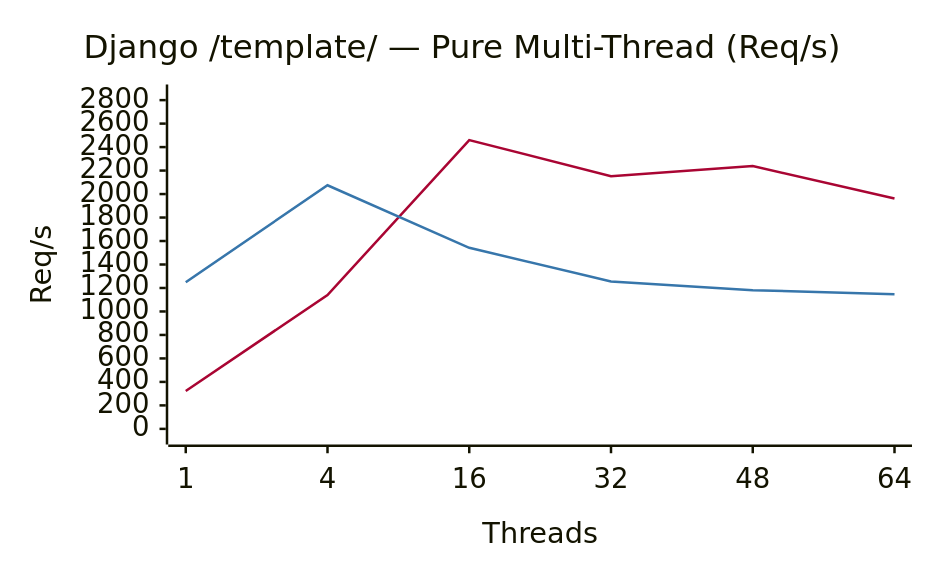
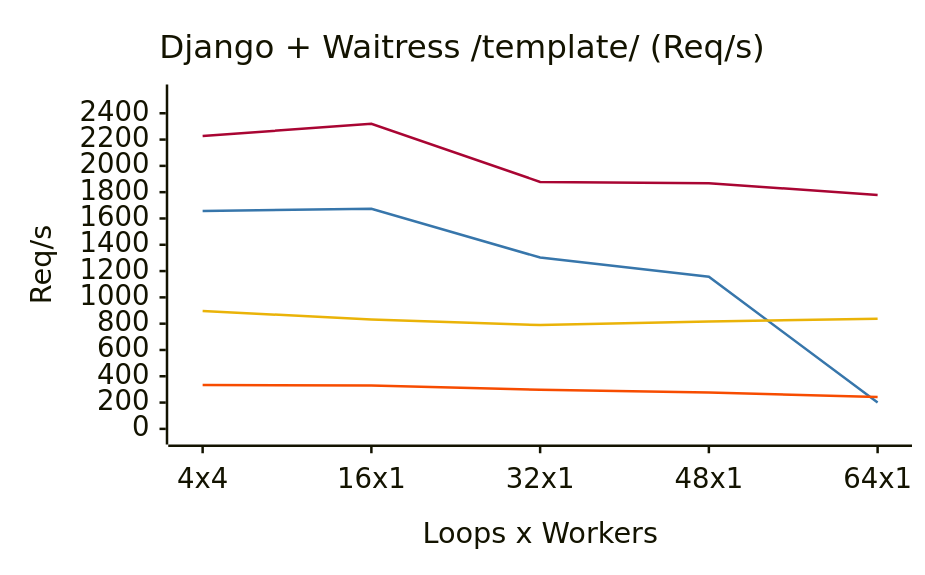
One commit to erlpython/epython changed the second of 14 diagrams in README.md. Above: the diagram before and after it, drawn with Mermaid. The commit also changed other lines of this file, not shown here.

Commit message:
update numbers and graph in readme

````diff
--- a/README.md
+++ b/README.md
@@ -82,32 +84,34 @@
 ```mermaid
 ---
 config:
   xyChart:
     width: 720
     height: 440
     titleFontSize: 26
     titlePadding: 14
     xAxis:
       labelFontSize: 22
       labelPadding: 8
       titleFontSize: 23
       titlePadding: 10
     yAxis:
       labelFontSize: 22
       labelPadding: 8
       titleFontSize: 23
       titlePadding: 10
   themeVariables:
     xyChart:
       backgroundColor: "transparent"
-      plotColorPalette: "#A90533, #3776AB"
+      plotColorPalette: "#A90533, #3776AB, #EAB308, #F74C00"
   themeCSS: |
     .main { transform: translate(4px, 10px) scale(0.71); transform-origin: 0 0; }
 ---
 xychart-beta
-    title "Django /template/ — Pure Multi-Thread (Req/s)"
-    x-axis "Threads" ["1", "4", "16", "32", "48", "64"]
-    y-axis "Req/s" 0 --> 2800
-    line [323, 1140, 2460, 2152, 2238, 1962]
-    line [1249, 2075, 1542, 1256, 1181, 1147]
+    title "Django + Waitress /template/ (Req/s)"
+    x-axis "Loops x Workers" ["4x4", "16x1", "32x1", "48x1", "64x1"]
+    y-axis "Req/s" 0 --> 2500
+    line [2228, 2320, 1878, 1868, 1779]
+    line [1656, 1674, 1303, 1157, 200]
+    line [897, 832, 789, 817, 837]
+    line [333, 329, 297, 277, 243]
 ```
````
